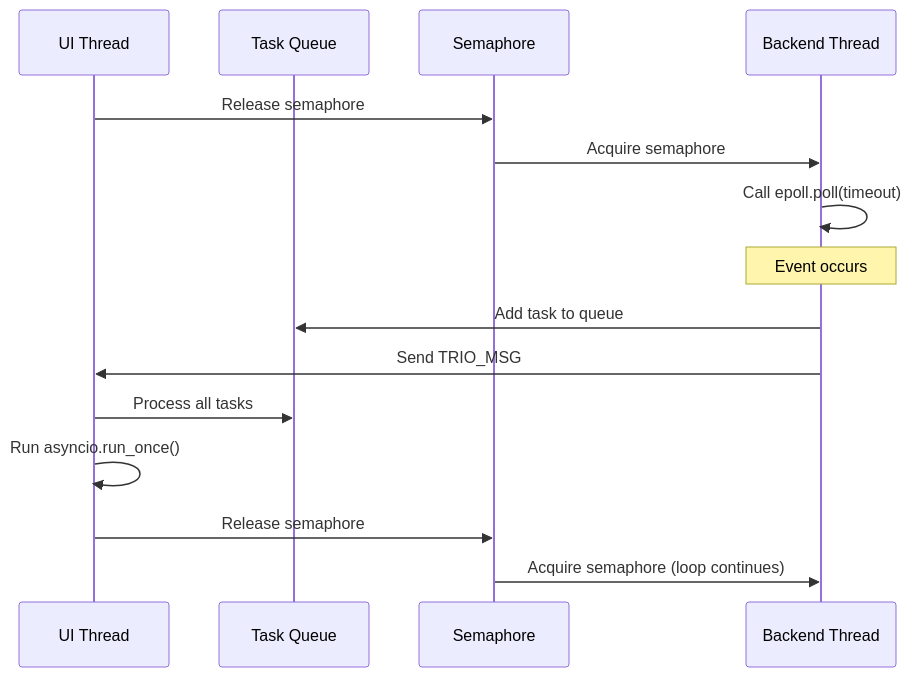
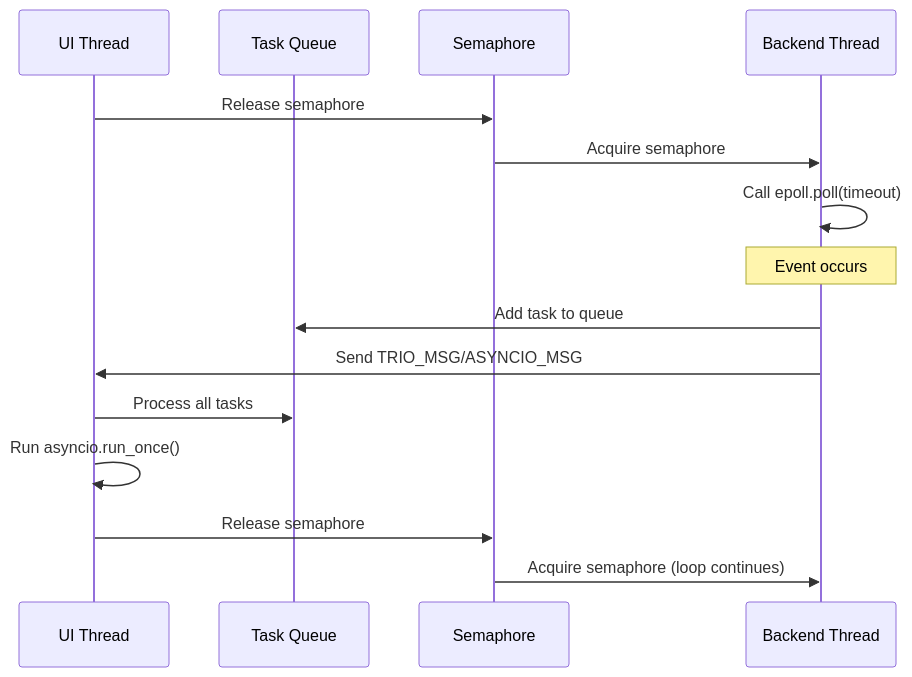
Before and after one commit to congzhangzh/asyncio_guest_run: the fifth of 8 diagrams in v2/design_en.md, drawn with Mermaid. The commit also changed other lines of this file and 1 other file, not shown here.

````diff
--- a/v2/design_en.md
+++ b/v2/design_en.md
@@ -112,18 +112,18 @@
 ```mermaid
 sequenceDiagram
     participant U as UI Thread
     participant Q as Task Queue
     participant S as Semaphore
     participant B as Backend Thread
     
     U->>S: Release semaphore
     S->>B: Acquire semaphore
     B->>B: Call epoll.poll(timeout)
     Note over B: Event occurs
     B->>Q: Add task to queue
-    B->>U: Send TRIO_MSG
+    B->>U: Send TRIO_MSG/ASYNCIO_MSG
     U->>Q: Process all tasks
     U->>U: Run asyncio.run_once()
     U->>S: Release semaphore
     S->>B: Acquire semaphore (loop continues)
 ```
````
